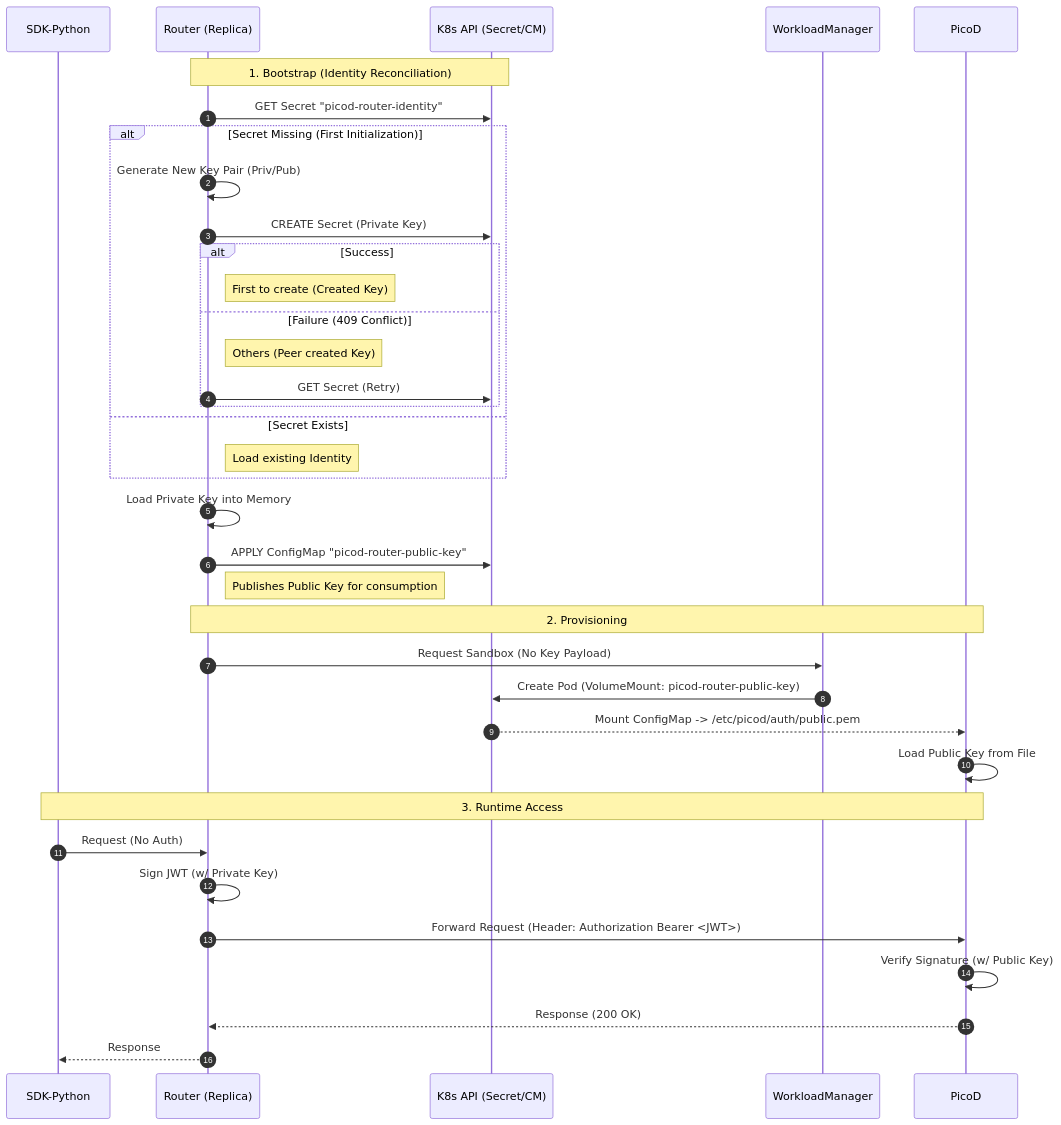
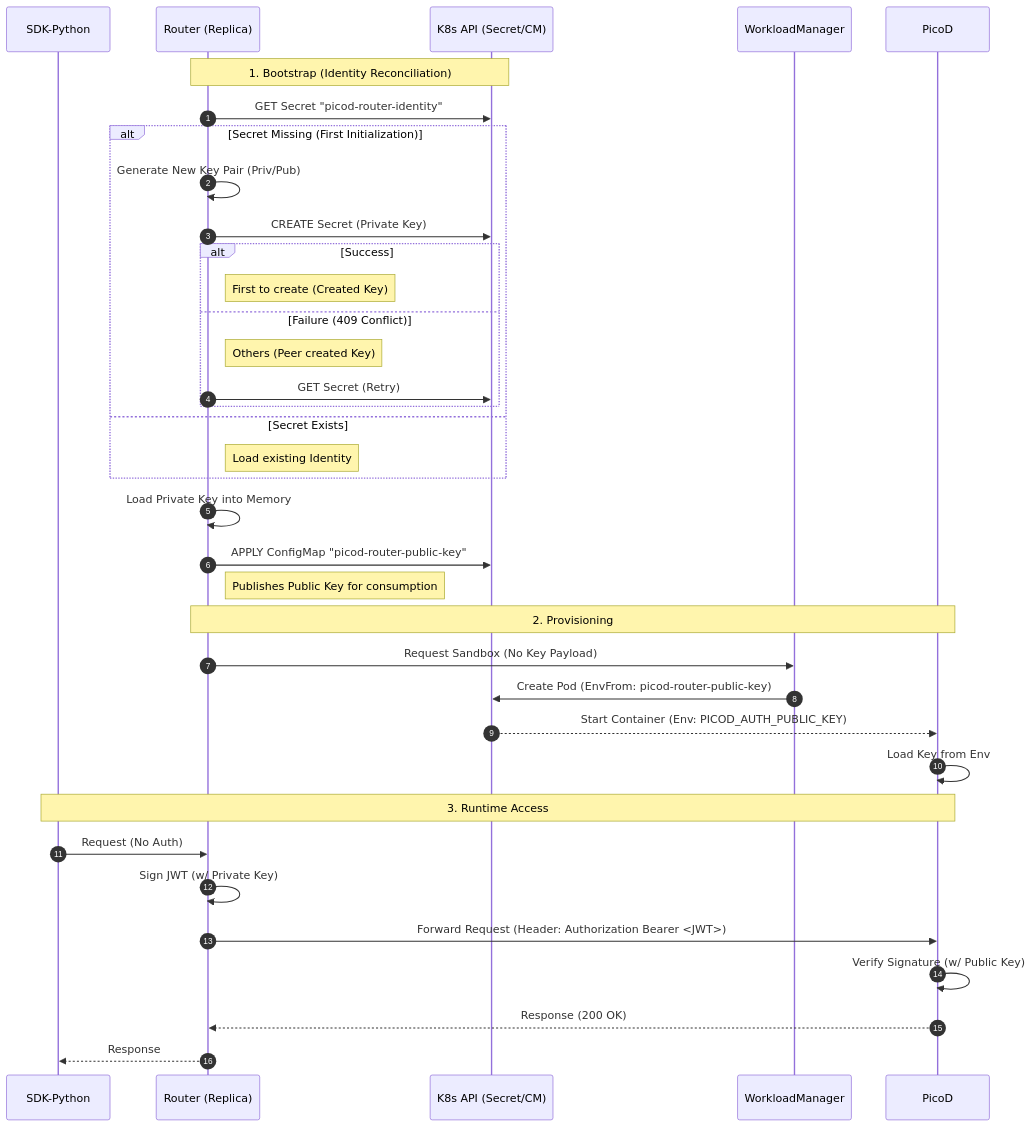
Before and after one commit to volcano-sh/agentcube: the diagram in docs/design/PicoD-Plain-Authentication-Design.md, drawn with Mermaid. The commit also changed other lines of this file, not shown here.

````diff
--- a/docs/design/PicoD-Plain-Authentication-Design.md
+++ b/docs/design/PicoD-Plain-Authentication-Design.md
@@ -74,44 +74,44 @@
 ```mermaid
 sequenceDiagram
     autonumber
     participant SDK as SDK-Python
     participant Router as Router (Replica)
     participant K8s as K8s API (Secret/CM)
     participant WM as WorkloadManager
     participant PicoD as PicoD
 
     Note over Router, K8s: 1. Bootstrap (Identity Reconciliation)
     Router->>K8s: GET Secret "picod-router-identity"
     
     alt Secret Missing (First Initialization)
         Router->>Router: Generate New Key Pair (Priv/Pub)
         Router->>K8s: CREATE Secret (Private Key)
         
         alt Success
             Note right of Router: First to create (Created Key)
         else Failure (409 Conflict)
             Note right of Router: Others (Peer created Key)
             Router->>K8s: GET Secret (Retry)
         end
     else Secret Exists
         Note right of Router: Load existing Identity
     end
 
     Router->>Router: Load Private Key into Memory
     Router->>K8s: APPLY ConfigMap "picod-router-public-key"
     Note right of Router: Publishes Public Key for consumption
 
     Note over Router, PicoD: 2. Provisioning
     Router->>WM: Request Sandbox (No Key Payload)
-    WM->>K8s: Create Pod (VolumeMount: picod-router-public-key)
-    K8s-->>PicoD: Mount ConfigMap -> /etc/picod/auth/public.pem
-    PicoD->>PicoD: Load Public Key from File
+    WM->>K8s: Create Pod (EnvFrom: picod-router-public-key)
+    K8s-->>PicoD: Start Container (Env: PICOD_AUTH_PUBLIC_KEY)
+    PicoD->>PicoD: Load Key from Env
 
     Note over SDK, PicoD: 3. Runtime Access
     SDK->>Router: Request (No Auth)
     Router->>Router: Sign JWT (w/ Private Key)
     Router->>PicoD: Forward Request (Header: Authorization Bearer <JWT>)
     PicoD->>PicoD: Verify Signature (w/ Public Key)
     PicoD-->>Router: Response (200 OK)
     Router-->>SDK: Response
 ```
````
